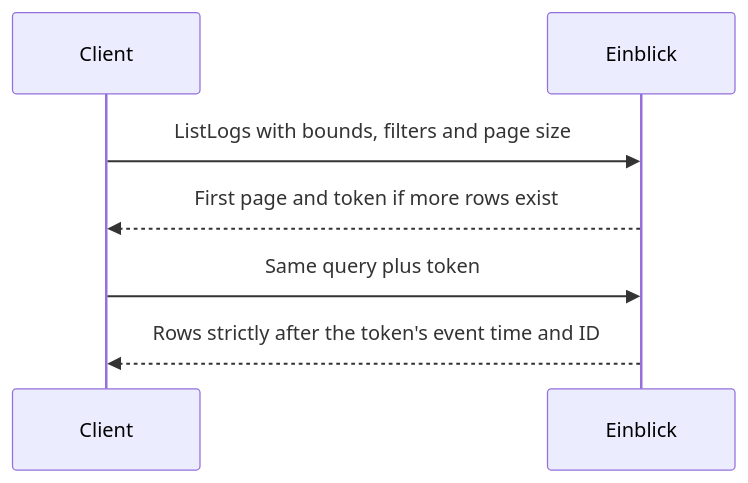
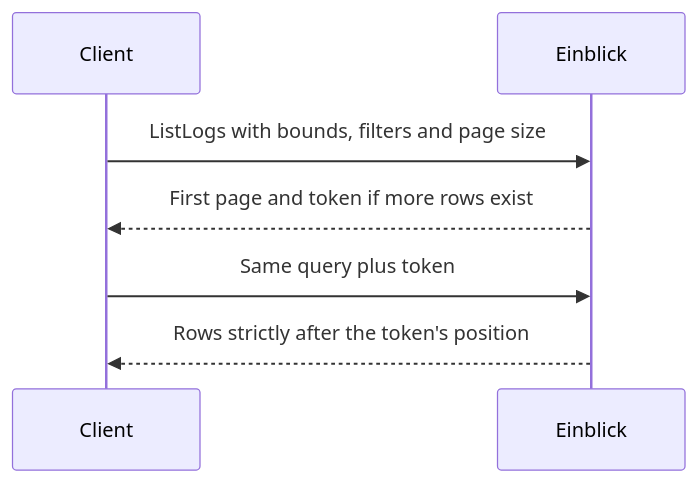
Before and after one commit to alexfalkowski/einblick: the diagram in docs/queries.md, drawn with Mermaid. The commit also changed other lines of this file and 85 other files, not shown here.

````diff
--- a/docs/queries.md
+++ b/docs/queries.md
@@ -115,11 +117,11 @@
 ```mermaid
 sequenceDiagram
-    accTitle: Continue a recent-log query
+    accTitle: Continue a log query
     accDescr: Keep the query parameters fixed and pass the returned token to read rows after the last result in descending order.
     participant C as Client
     participant E as Einblick
     C->>E: ListLogs with bounds, filters and page size
     E-->>C: First page and token if more rows exist
     C->>E: Same query plus token
-    E-->>C: Rows strictly after the token's event time and ID
+    E-->>C: Rows strictly after the token's position
 ```
````
